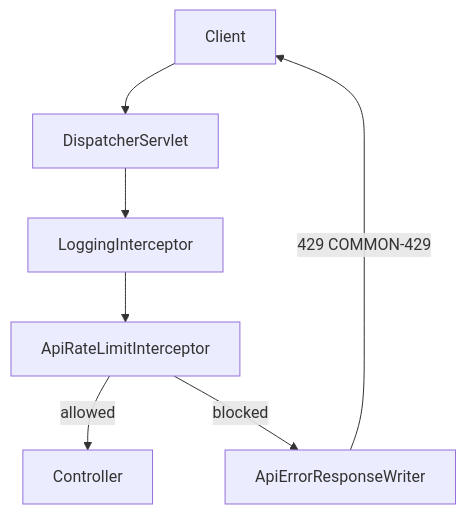
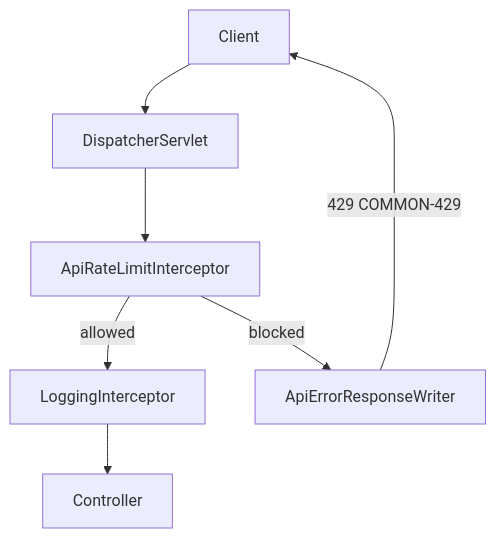
One commit to UMC-PRODUCT/umc-product-server changed the first of 4 diagrams in docs/onboarding/api-rate-limiter.md. Above: the diagram before and after it, drawn with Mermaid. The commit also changed other lines of this file and 6 other files, not shown here.

````diff
--- a/docs/onboarding/api-rate-limiter.md
+++ b/docs/onboarding/api-rate-limiter.md
@@ -21,16 +23,16 @@
 ```mermaid
 flowchart TB
     Client["Client"]
     Dispatcher["DispatcherServlet"]
     Logging["LoggingInterceptor"]
     RateLimit["ApiRateLimitInterceptor"]
     Controller["Controller"]
     ErrorWriter["ApiErrorResponseWriter"]
 
     Client --> Dispatcher
-    Dispatcher --> Logging
-    Logging --> RateLimit
-    RateLimit -->|"allowed"| Controller
+    Dispatcher --> RateLimit
+    RateLimit -->|"allowed"| Logging
+    Logging --> Controller
     RateLimit -->|"blocked"| ErrorWriter
     ErrorWriter -->|"429 COMMON-429"| Client
 ```
````
